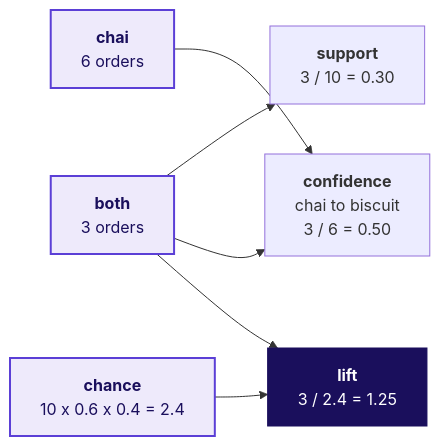
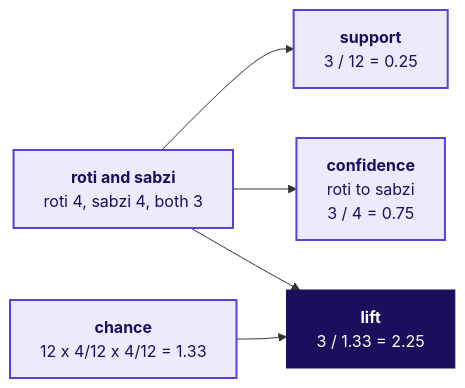
Before and after one commit to fde-academy-lab/c2-content-factory: the second of 11 diagrams in content/W04/D3/whiteboards/C2_W04_D03_board_work_STUDENT.md, drawn with Mermaid. The commit also changed other lines of this file and 17 other files, not shown here.

````diff
--- a/content/W04/D3/whiteboards/C2_W04_D03_board_work_STUDENT.md
+++ b/content/W04/D3/whiteboards/C2_W04_D03_board_work_STUDENT.md
@@ -26,12 +49,11 @@
 ```mermaid
 flowchart LR
-    B["<b>both</b><br/>3 orders"] --> S["<b>support</b><br/>3 / 10 = 0.30"]
-    C["<b>chai</b><br/>6 orders"] --> F["<b>confidence</b><br/>chai to biscuit<br/>3 / 6 = 0.50"]
-    B --> F
-    E["<b>chance</b><br/>10 x 0.6 x 0.4 = 2.4"] --> L["<b>lift</b><br/>3 / 2.4 = 1.25"]
+    B["<b>roti and sabzi</b><br/>roti 4, sabzi 4, both 3"] --> S["<b>support</b><br/>3 / 12 = 0.25"]
+    B --> F["<b>confidence</b><br/>roti to sabzi<br/>3 / 4 = 0.75"]
+    E["<b>chance</b><br/>12 x 4/12 x 4/12 = 1.33"] --> L["<b>lift</b><br/>3 / 1.33 = 2.25"]
     B --> L
     classDef known fill:#EEEAFB,stroke:#5B3FD6,color:#1A0F5C,stroke-width:2px
     classDef lit fill:#1A0F5C,stroke:#1A0F5C,color:#FFFFFF
-    class B,C,E known
+    class B,S,F,E known
     class L lit
 ```
````
